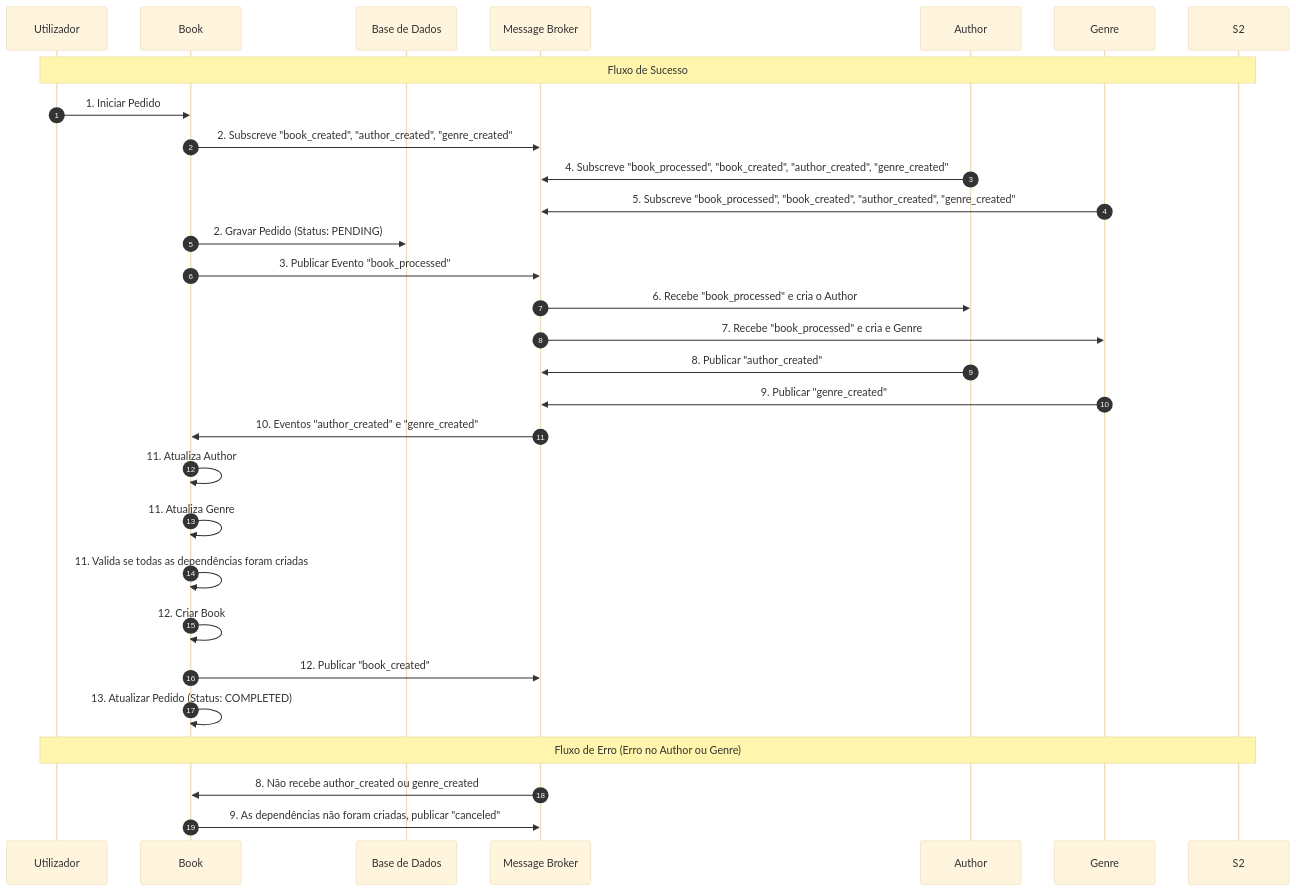
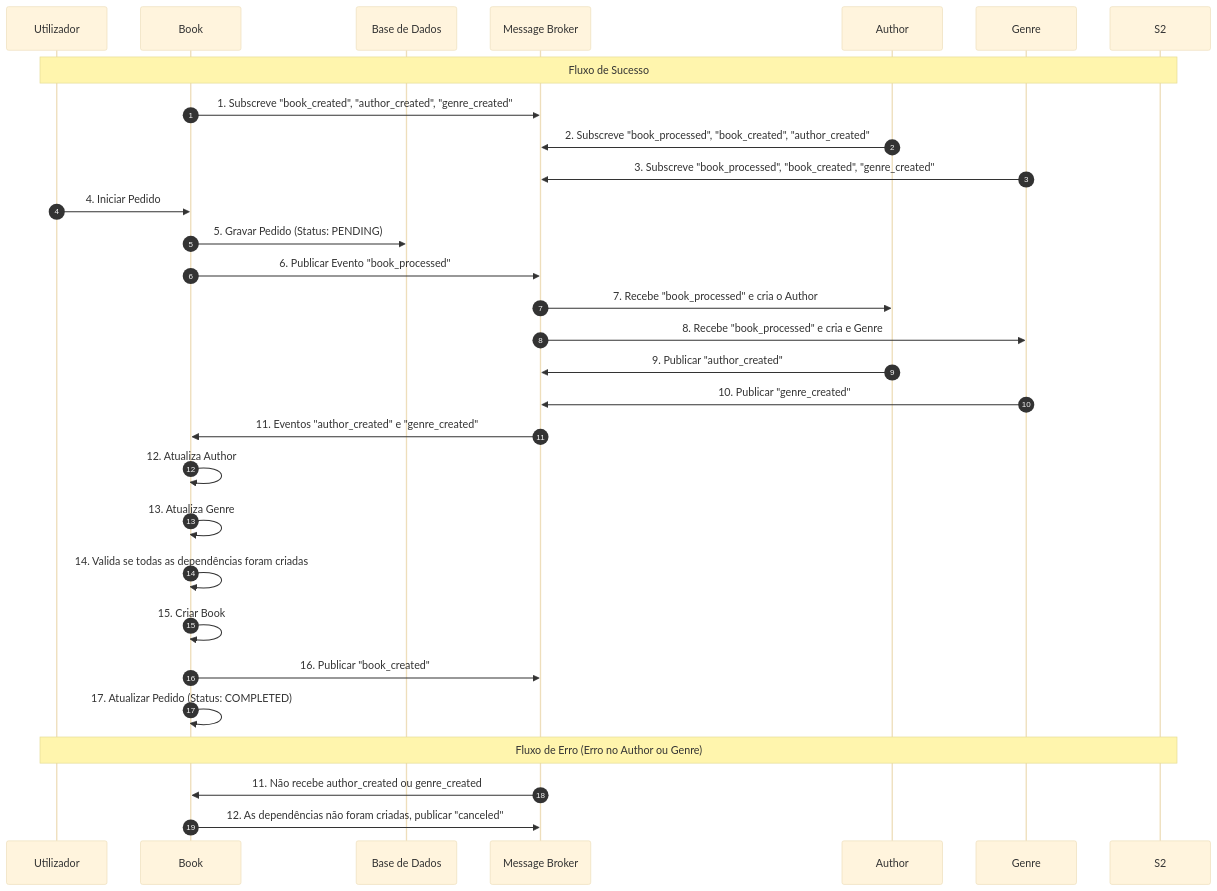
The diagram in README.md (carlosch-isep/lmsbooks), drawn with Mermaid (base theme) before and after one commit.

Commit message:
update order

````diff
--- a/README.md
+++ b/README.md
@@ -54,32 +54,32 @@
 ```mermaid
 sequenceDiagram
     autonumber
     participant U as Utilizador
     participant BO as Book
     participant DB as Base de Dados
     participant MB as Message Broker
     participant AU as Author
     participant GE as Genre
 
     Note over U, S2: Fluxo de Sucesso
-    U->>BO: 1. Iniciar Pedido
-    BO->>MB: 2. Subscreve "book_created", "author_created", "genre_created"
-    AU->>MB: 4. Subscreve "book_processed", "book_created", "author_created", "genre_created"
-    GE->>MB: 5. Subscreve "book_processed", "book_created", "author_created", "genre_created"
-    BO->>DB: 2. Gravar Pedido (Status: PENDING)
-    BO->>MB: 3. Publicar Evento "book_processed"
-    MB->>AU: 6. Recebe "book_processed" e cria o Author
-    MB->>GE: 7. Recebe "book_processed" e cria e Genre
-    AU->>MB: 8. Publicar "author_created"
-    GE->>MB: 9. Publicar "genre_created"
-    MB->>BO: 10. Eventos "author_created" e "genre_created"
-    BO->>BO: 11. Atualiza Author
-    BO->>BO: 11. Atualiza Genre
-    BO->>BO: 11. Valida se todas as dependências foram criadas
-    BO->>BO: 12. Criar Book
-    BO->>MB: 12. Publicar "book_created"
-    BO->>BO: 13. Atualizar Pedido (Status: COMPLETED)
+    BO->>MB: 1. Subscreve "book_created", "author_created", "genre_created"
+    AU->>MB: 2. Subscreve "book_processed", "book_created", "author_created"
+    GE->>MB: 3. Subscreve "book_processed", "book_created", "genre_created"
+    U->>BO: 4. Iniciar Pedido
+    BO->>DB: 5. Gravar Pedido (Status: PENDING)
+    BO->>MB: 6. Publicar Evento "book_processed"
+    MB->>AU: 7. Recebe "book_processed" e cria o Author
+    MB->>GE: 8. Recebe "book_processed" e cria e Genre
+    AU->>MB: 9. Publicar "author_created"
+    GE->>MB: 10. Publicar "genre_created"
+    MB->>BO: 11. Eventos "author_created" e "genre_created"
+    BO->>BO: 12. Atualiza Author
+    BO->>BO: 13. Atualiza Genre
+    BO->>BO: 14. Valida se todas as dependências foram criadas
+    BO->>BO: 15. Criar Book
+    BO->>MB: 16. Publicar "book_created"
+    BO->>BO: 17. Atualizar Pedido (Status: COMPLETED)
     Note over U, S2: Fluxo de Erro (Erro no Author ou Genre)
-    MB->>BO: 8. Não recebe author_created ou genre_created
-    BO->>MB: 9. As dependências não foram criadas, publicar "canceled"
+    MB->>BO: 11. Não recebe author_created ou genre_created
+    BO->>MB: 12. As dependências não foram criadas, publicar "canceled"
 ```
````
